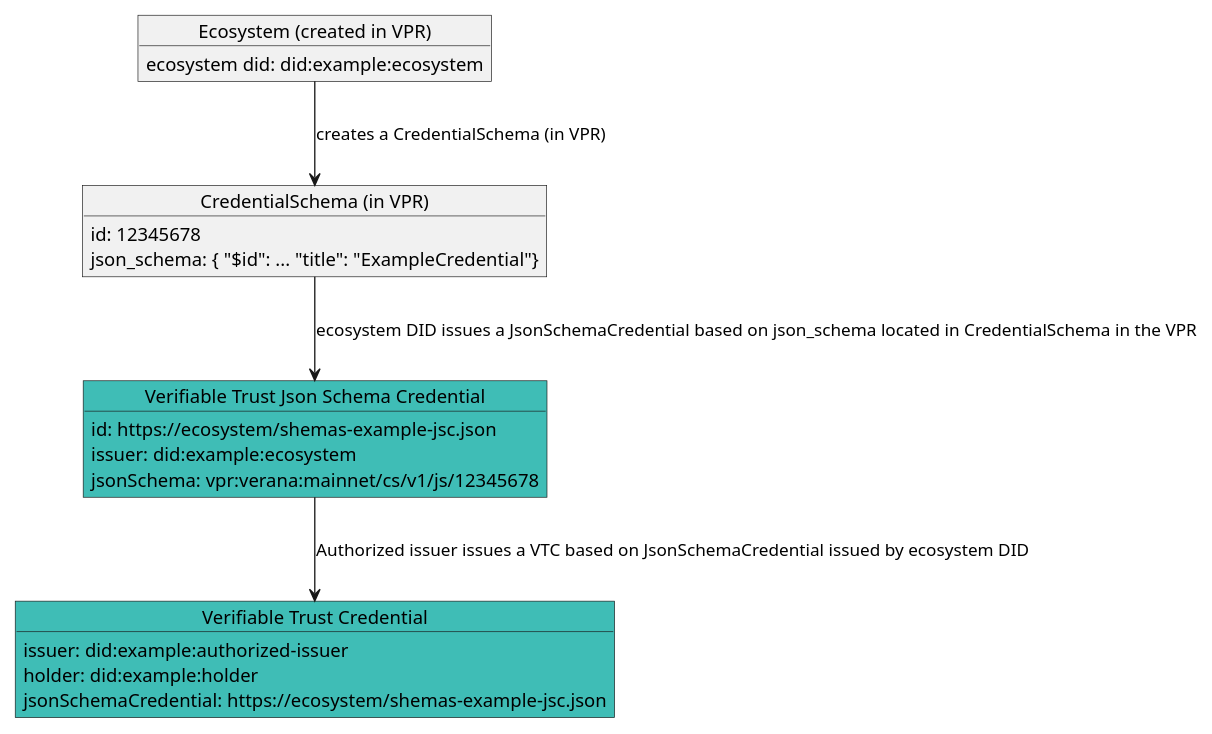
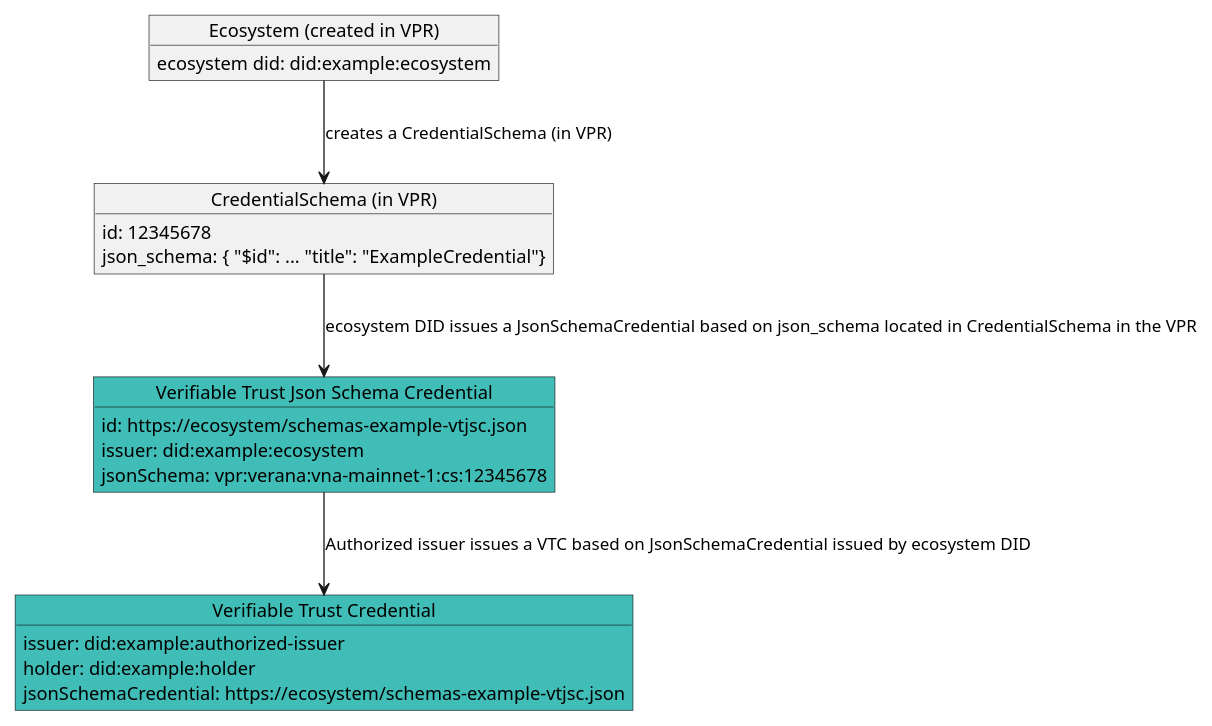
One commit to verana-labs/verana-docs changed the diagram in docs/learn/verifiable-public-registry/30-credential-schema.md. Above: the diagram before and after it, drawn with PlantUML. The commit also changed other lines of this file and 61 other files, not shown here.

````diff
--- a/docs/learn/verifiable-public-registry/30-credential-schema.md
+++ b/docs/learn/verifiable-public-registry/30-credential-schema.md
@@ -13,30 +13,30 @@
 ```plantuml
 
 @startuml
 scale max 800 width
 object "Ecosystem (created in VPR)" as es {
   ecosystem did: did:example:ecosystem
 }
 object "CredentialSchema (in VPR)" as cs {
   id: 12345678
   json_schema: { "$id": ... "title": "ExampleCredential"}
 }
 object "Verifiable Trust Json Schema Credential" as jsc #3fbdb6 {
-  id: https://ecosystem/shemas-example-jsc.json
+  id: https://ecosystem/schemas-example-vtjsc.json
   issuer: did:example:ecosystem
-  jsonSchema: vpr:verana:mainnet/cs/v1/js/12345678
+  jsonSchema: vpr:verana:vna-mainnet-1:cs:12345678
 }
 
 object "Verifiable Trust Credential" as vscred #3fbdb6 {
   issuer: did:example:authorized-issuer
   holder: did:example:holder
-  jsonSchemaCredential: https://ecosystem/shemas-example-jsc.json
+  jsonSchemaCredential: https://ecosystem/schemas-example-vtjsc.json
 }
 
  jsc --> vscred: Authorized issuer issues a VTC based on JsonSchemaCredential issued by ecosystem DID
 cs --> jsc : ecosystem DID issues a JsonSchemaCredential based on json_schema located in CredentialSchema in the VPR
 es --> cs : creates a CredentialSchema (in VPR)
 
 @enduml
 
 ```
````
